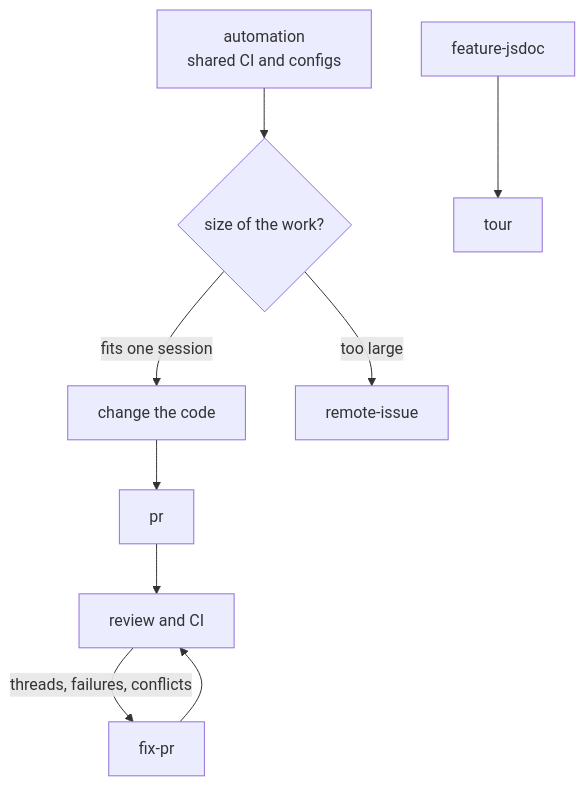
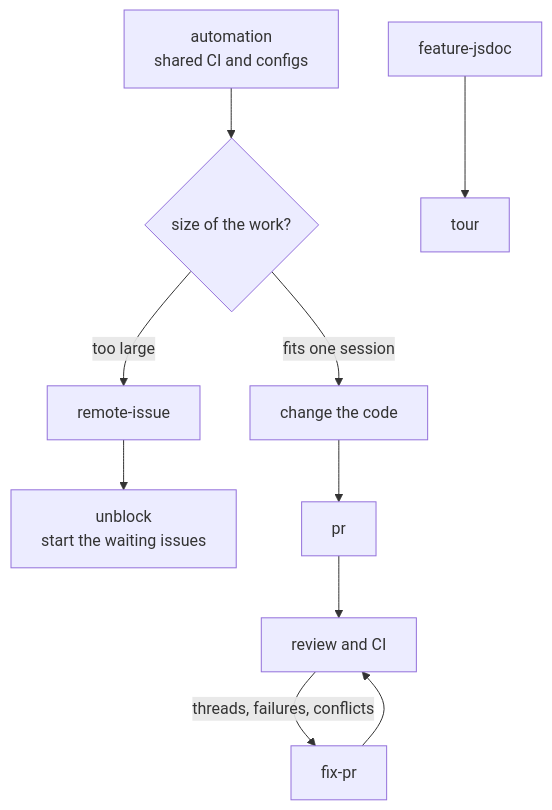
Before and after one commit to omni-stove/skill-kit: the diagram in domains/code/README.md, drawn with Mermaid. The commit also changed other lines of this file and 12 other files, not shown here.

````diff
--- a/domains/code/README.md
+++ b/domains/code/README.md
@@ -9,12 +9,13 @@
 ```mermaid
 flowchart TD
   automation[automation<br/>shared CI and configs] --> work
   jsdoc[feature-jsdoc] --> tour[tour]
   work{size of the work?}
   work -- "fits one session" --> change[change the code]
   work -- "too large" --> issue[remote-issue]
+  issue --> unblock[unblock<br/>start the waiting issues]
   change --> pr[pr]
   pr --> review[review and CI]
   review -- "threads, failures, conflicts" --> fixpr[fix-pr]
   fixpr --> review
 ```
````
